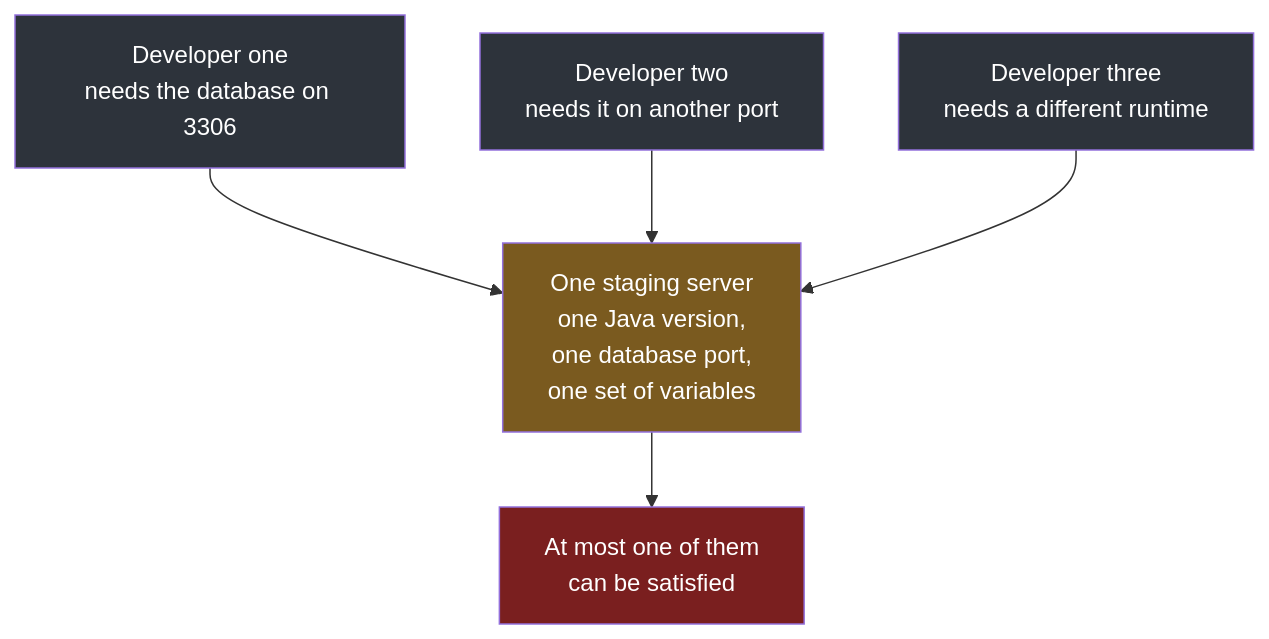
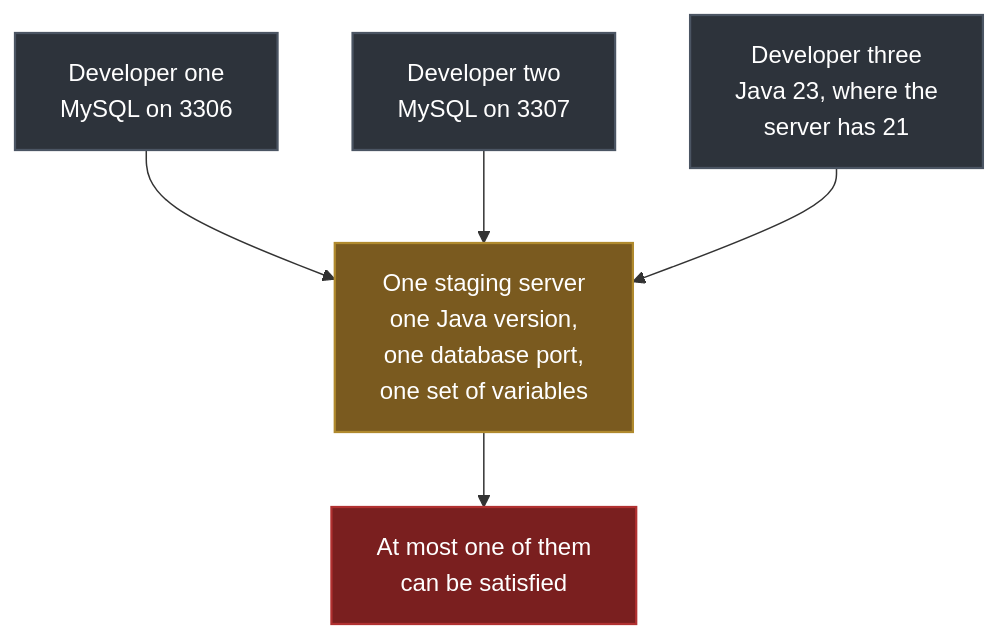
Before and after one commit to Dummy-Bug/system-design-handbook: the second of 4 diagrams in Devops/07-Docker/01-Why-Containers-Exist.md, drawn with Mermaid. The commit also changed other lines of this file and 5 other files, not shown here.

````diff
--- a/Devops/07-Docker/01-Why-Containers-Exist.md
+++ b/Devops/07-Docker/01-Why-Containers-Exist.md
@@ -65,12 +68,13 @@
 ```mermaid
 flowchart TB
-    D1["Developer one<br/>needs the database on 3306"] --> S["One staging server<br/>one Java version,<br/>one database port,<br/>one set of variables"]
-    D2["Developer two<br/>needs it on another port"] --> S
-    D3["Developer three<br/>needs a different runtime"] --> S
+    D1["Developer one<br/>MySQL on 3306"] --> S["One staging server<br/>one Java version,<br/>one database port,<br/>one set of variables"]
+    D2["Developer two<br/>MySQL on 3307"] --> S
+    D3["Developer three<br/>Java 23, where the<br/>server has 21"] --> S
     S --> X["At most one of them<br/>can be satisfied"]
-    style D1 fill:#2d333b,color:#fff
-    style D2 fill:#2d333b,color:#fff
-    style D3 fill:#2d333b,color:#fff
-    style S fill:#7a5a1f,color:#fff
-    style X fill:#7a1f1f,color:#fff
+    classDef broken fill:#7a1f1f,stroke:#b03030,stroke-width:1.5px,color:#fff
+    classDef step fill:#7a5a1f,stroke:#b08a2e,stroke-width:1.5px,color:#fff
+    classDef actor fill:#2d333b,stroke:#4b5563,stroke-width:1.5px,color:#fff
+    class X broken
+    class S step
+    class D1,D2,D3 actor
 ```
````
